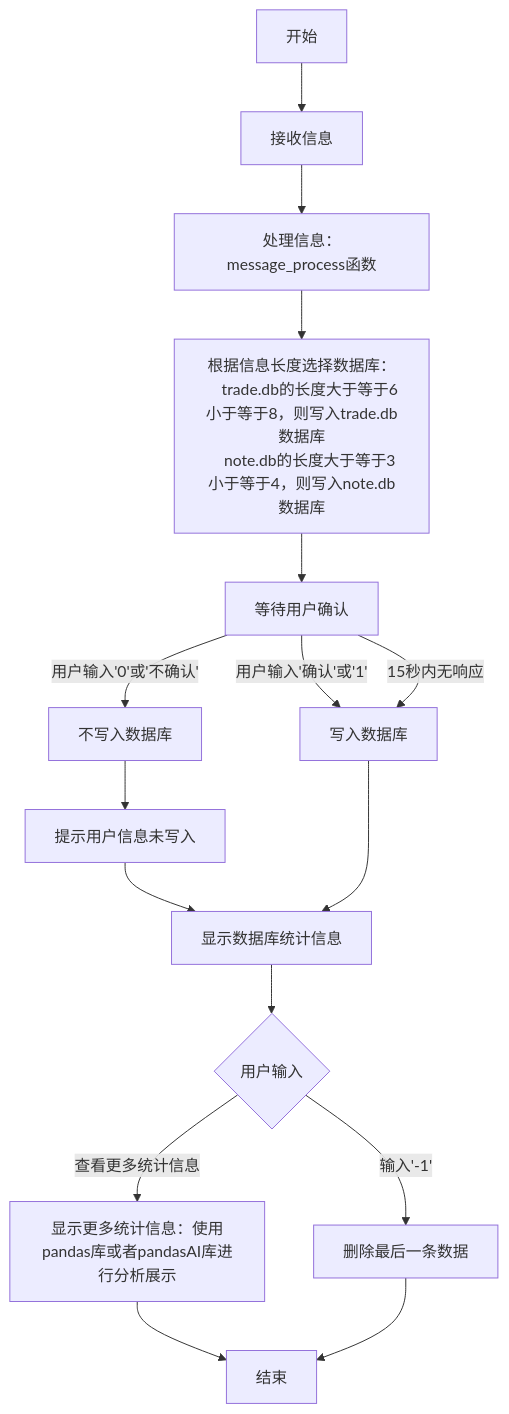
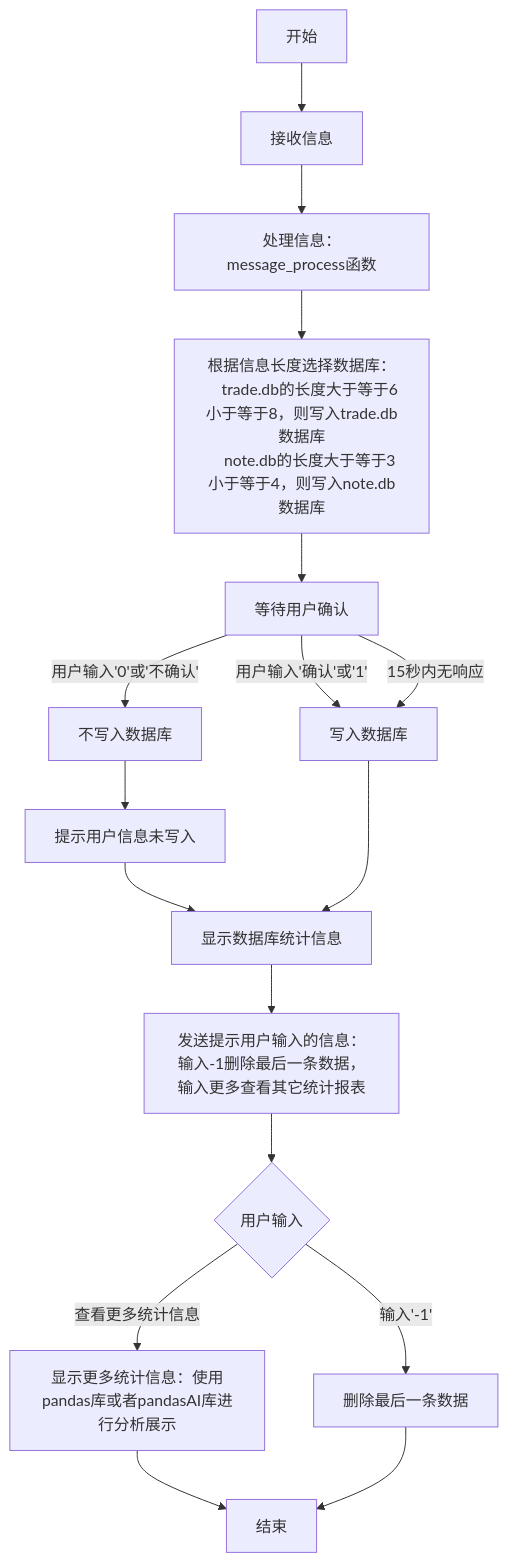
Before and after one commit to ldyers/test-my-short-life: the diagram in 信息处理流程图.md, drawn with Mermaid.

Commit message:
Update  add part h .md

````diff
--- a/信息处理流程图.md
+++ b/信息处理流程图.md
@@ -5,25 +5,27 @@
 ```mermaid
 graph TD
     Start[开始] --> A[接收信息]
     A --> B[处理信息：message_process函数]
     B --> C[根据信息长度选择数据库：
     trade.db的长度大于等于6小于等于8，则写入trade.db数据库
     note.db的长度大于等于3小于等于4，则写入note.db数据库]
     C --> D[等待用户确认]
     
     D -- "用户输入'确认'或'1'" --> E[写入数据库]
     D -- "用户输入'0'或'不确认'" --> F[不写入数据库]
     D -- "15秒内无响应" --> E
     
     F --> G[提示用户信息未写入]
     G --> H[显示数据库统计信息]
     
     E --> H
+    H -->h[发送提示用户输入的信息：输入-1删除最后一条数据，输入更多查看其它统计报表]
+    h --> I{用户输入}
     
-    H --> I{用户输入}
+    
     I -- "查看更多统计信息" --> J[显示更多统计信息：使用pandas库或者pandasAI库进行分析展示]
     I -- "输入'-1'" --> K[删除最后一条数据]
     
     J --> End[结束]
     K --> End
 ```
````
